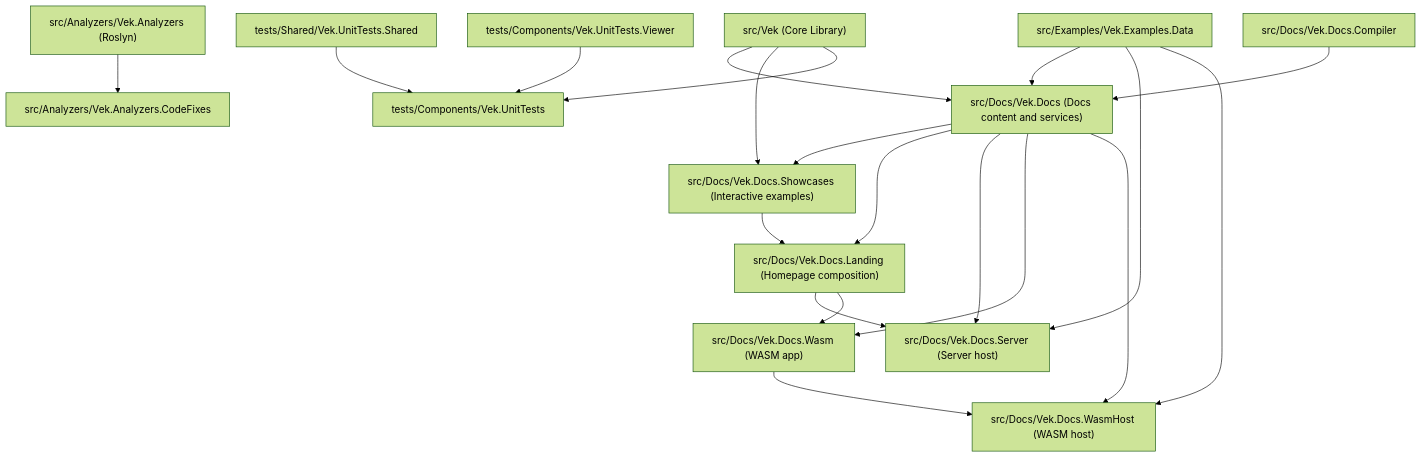
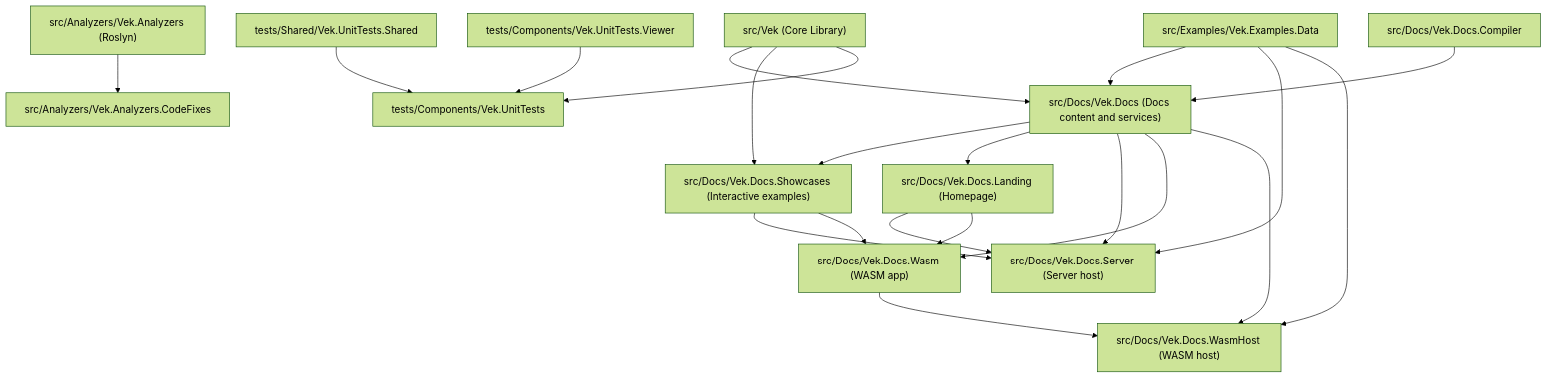
Before and after one commit to madiseh/Vek: the diagram in docs/governance/architecture.md, drawn with Mermaid (forest theme). The commit also changed other lines of this file and 11 other files, not shown here.

````diff
--- a/docs/governance/architecture.md
+++ b/docs/governance/architecture.md
@@ -55,37 +55,38 @@
 ```mermaid
 graph TD
     Vek["src/Vek (Core Library)"]
     VekAnalyzers["src/Analyzers/Vek.Analyzers (Roslyn)"]
     VekCodeFixes["src/Analyzers/Vek.Analyzers.CodeFixes"]
     VekDocs["src/Docs/Vek.Docs (Docs content and services)"]
-    VekDocsLanding["src/Docs/Vek.Docs.Landing (Homepage composition)"]
+    VekDocsLanding["src/Docs/Vek.Docs.Landing (Homepage)"]
     VekDocsShowcases["src/Docs/Vek.Docs.Showcases (Interactive examples)"]
     VekDocsServer["src/Docs/Vek.Docs.Server (Server host)"]
     VekDocsWasm["src/Docs/Vek.Docs.Wasm (WASM app)"]
     VekDocsWasmHost["src/Docs/Vek.Docs.WasmHost (WASM host)"]
     VekExamplesData["src/Examples/Vek.Examples.Data"]
     VekCompiler["src/Docs/Vek.Docs.Compiler"]
     VekUnitTests["tests/Components/Vek.UnitTests"]
     VekViewer["tests/Components/Vek.UnitTests.Viewer"]
     VekShared["tests/Shared/Vek.UnitTests.Shared"]
 
     VekAnalyzers --> VekCodeFixes
     Vek --> VekDocs
     Vek --> VekDocsShowcases
     VekDocs --> VekDocsShowcases
     VekDocs --> VekDocsLanding
-    VekDocsShowcases --> VekDocsLanding
     VekDocs --> VekDocsServer
     VekDocs --> VekDocsWasm
     VekDocs --> VekDocsWasmHost
+    VekDocsShowcases --> VekDocsServer
+    VekDocsShowcases --> VekDocsWasm
     VekDocsLanding --> VekDocsServer
     VekDocsLanding --> VekDocsWasm
     VekDocsWasm --> VekDocsWasmHost
     VekCompiler --> VekDocs
     VekExamplesData --> VekDocs
     VekExamplesData --> VekDocsServer
     VekExamplesData --> VekDocsWasmHost
     Vek --> VekUnitTests
     VekShared --> VekUnitTests
     VekViewer --> VekUnitTests
 ```
````
